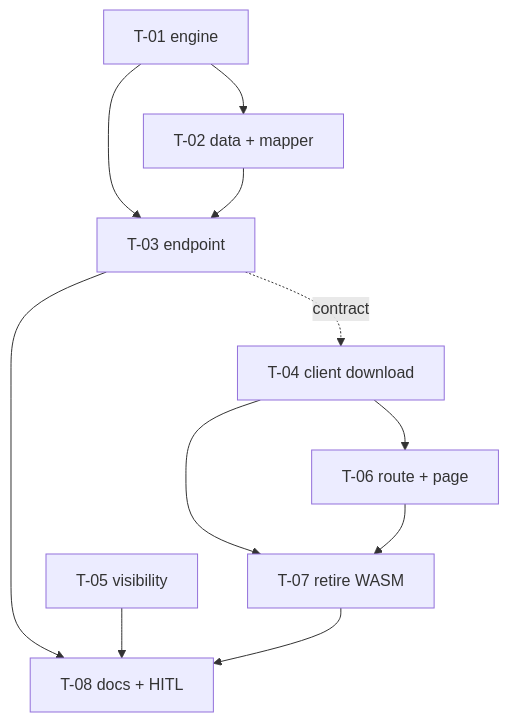
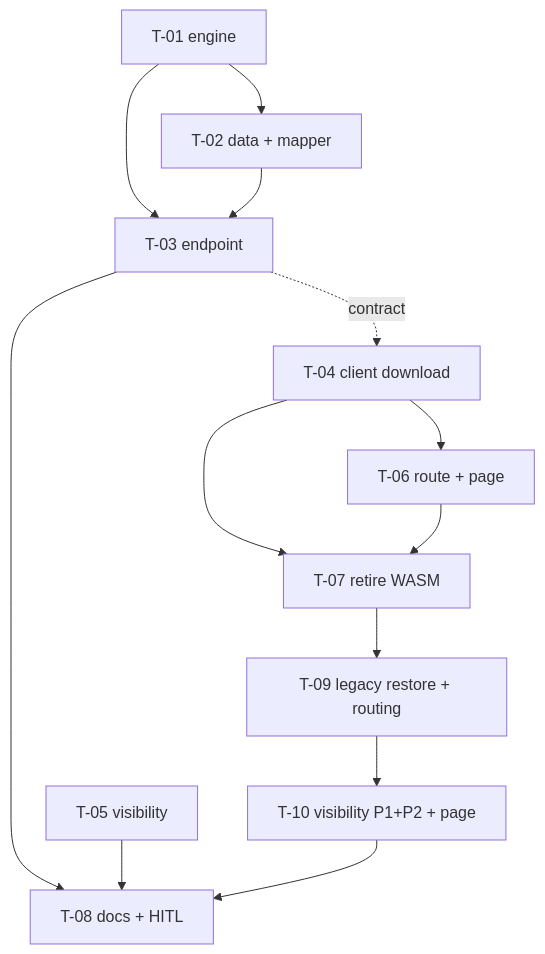
The diagram in docs/specs/results/oicr-word-template-2026/tasks.md (AllianceBioversityCIAT/alliance-research-indicators-main), drawn with Mermaid before and after one commit. The commit also changed other lines of this file and 3 other files, not shown here.

````diff
--- a/docs/specs/results/oicr-word-template-2026/tasks.md
+++ b/docs/specs/results/oicr-word-template-2026/tasks.md
@@ -26,14 +28,16 @@
 ```mermaid
 graph TD
   T01[T-01 engine] --> T02[T-02 data + mapper]
   T01 --> T03[T-03 endpoint]
   T02 --> T03
   T03 -.contract.-> T04[T-04 client download]
   T04 --> T06[T-06 route + page]
   T04 --> T07[T-07 retire WASM]
   T06 --> T07
   T05[T-05 visibility]
+  T07 --> T09[T-09 legacy restore + routing]
+  T09 --> T10[T-10 visibility P1+P2 + page]
   T03 --> T08[T-08 docs + HITL]
   T05 --> T08
-  T07 --> T08
+  T10 --> T08
 ```
````
